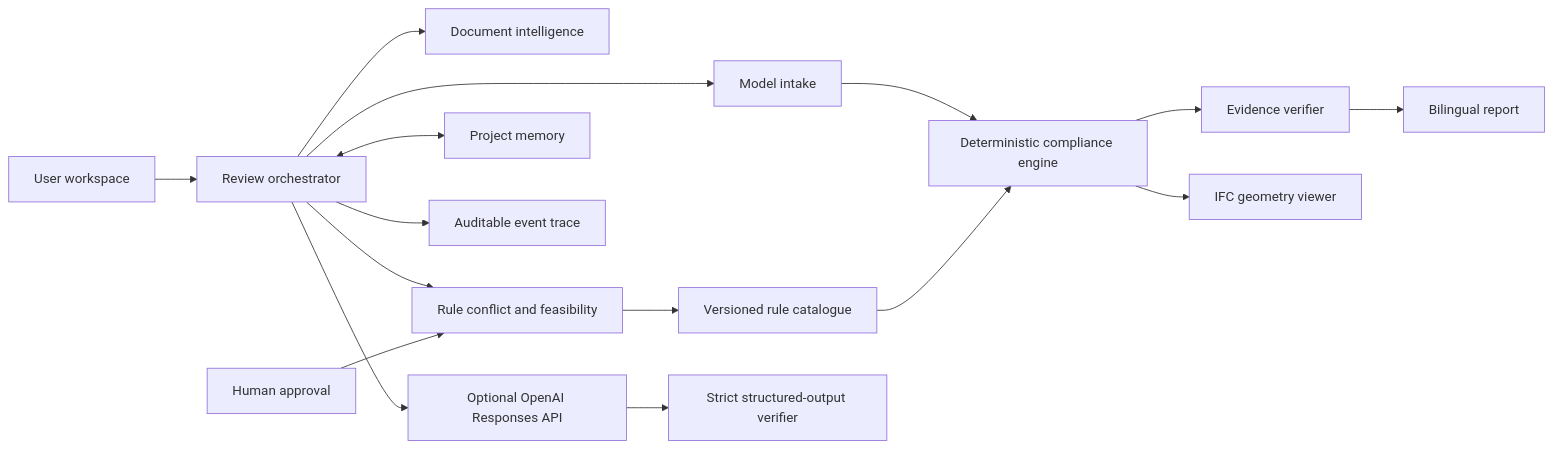
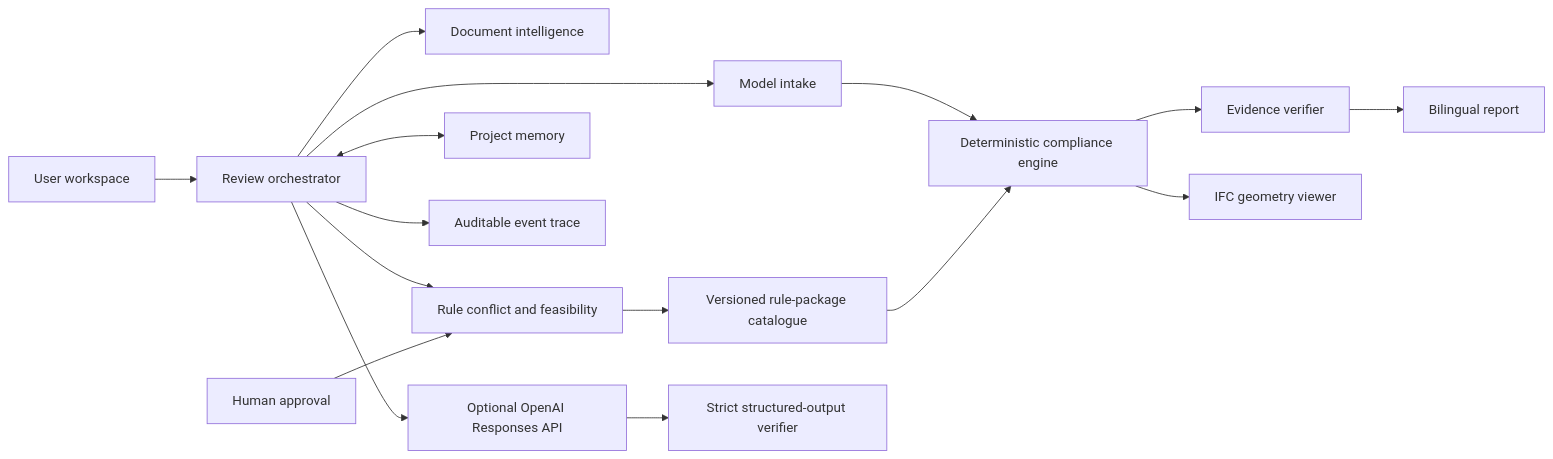
One commit to junnaifj/bim-compliance-evidence-agent changed the diagram in docs/ARCHITECTURE.md. Above: the diagram before and after it, drawn with Mermaid. The commit also changed other lines of this file and 17 other files, not shown here.

````diff
--- a/docs/ARCHITECTURE.md
+++ b/docs/ARCHITECTURE.md
@@ -7,18 +7,18 @@
 ```mermaid
 flowchart LR
     U[User workspace] --> O[Review orchestrator]
     O --> I[Model intake]
     O --> D[Document intelligence]
     O --> R[Rule conflict and feasibility]
     H[Human approval] --> R
-    R --> C[Versioned rule catalogue]
+    R --> C[Versioned rule-package catalogue]
     I --> E[Deterministic compliance engine]
     C --> E
     E --> V[Evidence verifier]
     E --> G[IFC geometry viewer]
     V --> P[Bilingual report]
     O <--> M[Project memory]
     O --> T[Auditable event trace]
     O --> A[Optional OpenAI Responses API]
     A --> X[Strict structured-output verifier]
 ```
````
